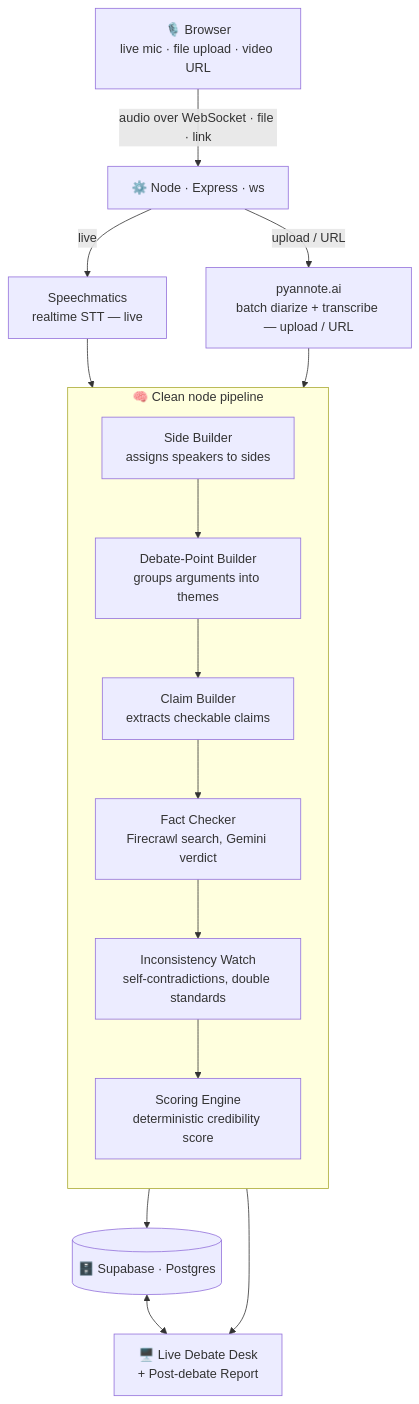
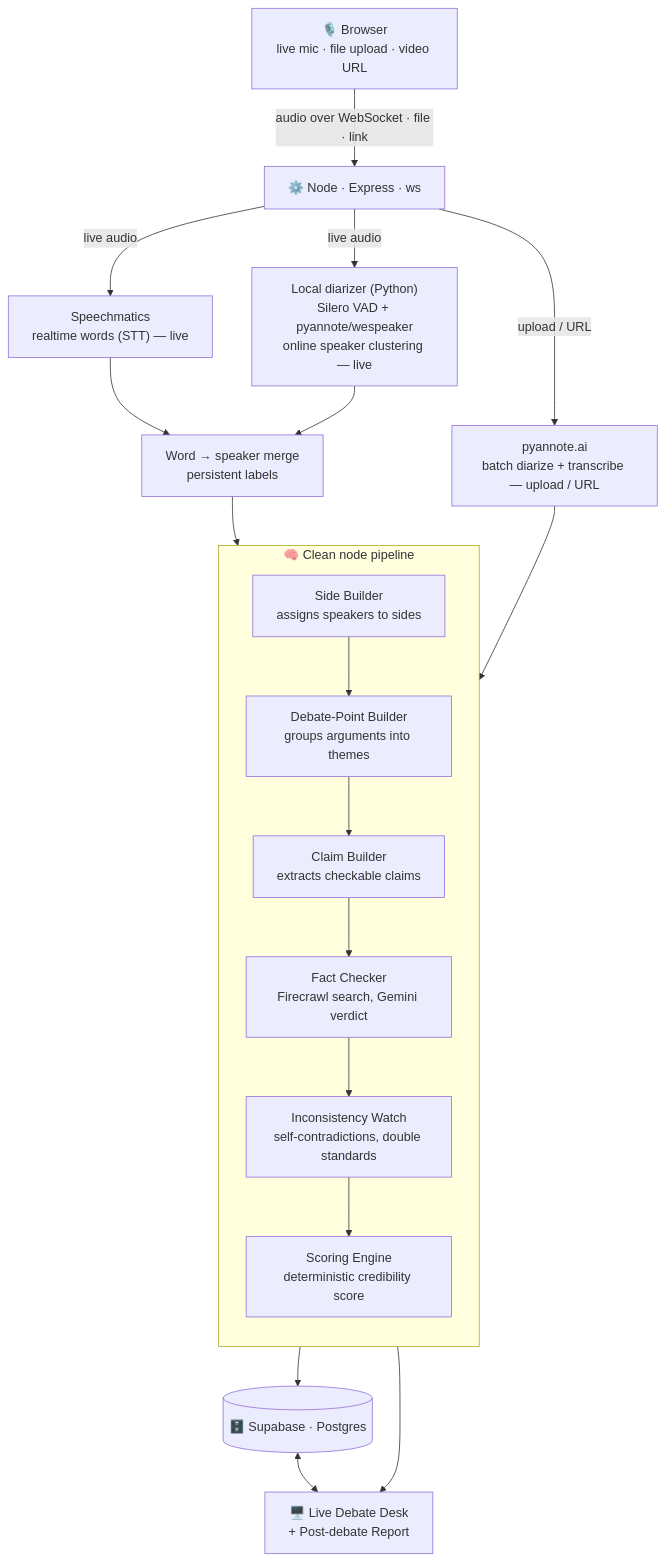
One commit to majortom-39/debatly changed the diagram in README.md. Above: the diagram before and after it, drawn with Mermaid. The commit also changed other lines of this file, not shown here.

First line of the commit message:
README: document live local diarization engine + refreshed limitations

````diff
--- a/README.md
+++ b/README.md
@@ -55,30 +55,35 @@
 ```mermaid
 flowchart TD
     U["🎙️ Browser<br/>live mic · file upload · video URL"]
     API["⚙️ Node · Express · ws"]
-    SM["Speechmatics<br/>realtime STT — live"]
+    SM["Speechmatics<br/>realtime words (STT) — live"]
+    LD["Local diarizer (Python)<br/>Silero VAD + pyannote/wespeaker<br/>online speaker clustering — live"]
+    MERGE["Word → speaker merge<br/>persistent labels"]
     PY["pyannote.ai<br/>batch diarize + transcribe — upload / URL"]
     DB[("🗄️ Supabase · Postgres")]
     UI["🖥️ Live Debate Desk<br/>+ Post-debate Report"]
 
     U -->|"audio over WebSocket · file · link"| API
-    API -->|live| SM
+    API -->|live audio| SM
+    API -->|live audio| LD
+    SM --> MERGE
+    LD --> MERGE
+    MERGE --> P
     API -->|"upload / URL"| PY
-    SM --> P
     PY --> P
 
     subgraph P["🧠 Clean node pipeline"]
         direction TB
         SB["Side Builder<br/>assigns speakers to sides"]
         DP["Debate-Point Builder<br/>groups arguments into themes"]
         CB["Claim Builder<br/>extracts checkable claims"]
         FC["Fact Checker<br/>Firecrawl search, Gemini verdict"]
         IW["Inconsistency Watch<br/>self-contradictions, double standards"]
         SE["Scoring Engine<br/>deterministic credibility score"]
         SB --> DP --> CB --> FC --> IW --> SE
     end
 
     P --> DB
     P --> UI
     DB <--> UI
 ```
````
